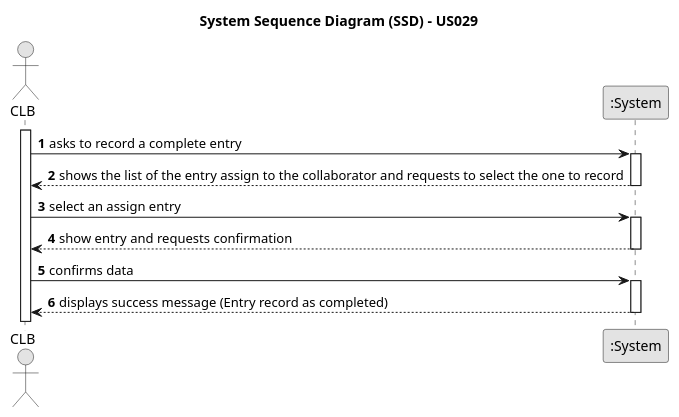
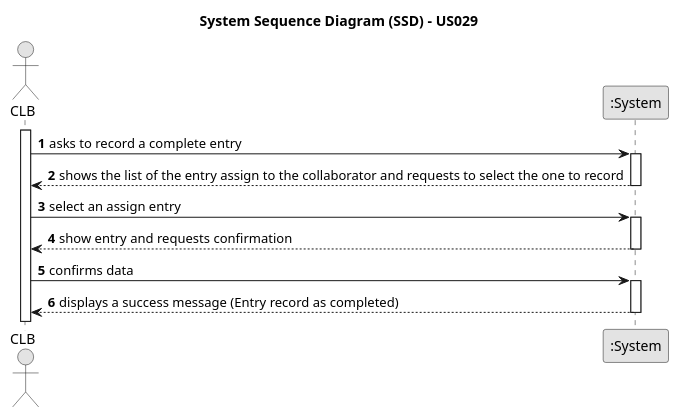
Before and after one commit to ricardomm7/leaflink: the diagram in docs/sprintC/us029/01.requirements-engineering/puml/us029-system-sequence-diagram-alternative-one.puml, drawn with PlantUML. The commit also changed 23 other files, not shown here.

```diff
--- a/docs/sprintC/us029/01.requirements-engineering/puml/us029-system-sequence-diagram-alternative-one.puml
+++ b/docs/sprintC/us029/01.requirements-engineering/puml/us029-system-sequence-diagram-alternative-one.puml
@@ -1,34 +1,34 @@
 @startuml
 skinparam monochrome true
 skinparam packageStyle rectangle
 skinparam shadowing false
 
 title System Sequence Diagram (SSD) - US029
 
 autonumber
 
 actor "CLB" as CLB
 participant ":System" as System
 
 activate CLB
 
     CLB -> System : asks to record a complete entry
     activate System
 
         System --> CLB : shows the list of the entry assign to the collaborator and requests to select the one to record
     deactivate System
 
     CLB -> System : select an assign entry
 
     activate System
 
         System --> CLB : show entry and requests confirmation
     deactivate System
 
     CLB -> System : confirms data
     activate System
 
-        System --> CLB :  displays success message (Entry record as completed)
+        System --> CLB :  displays a success message (Entry record as completed)
     deactivate System
 
 @enduml
```
